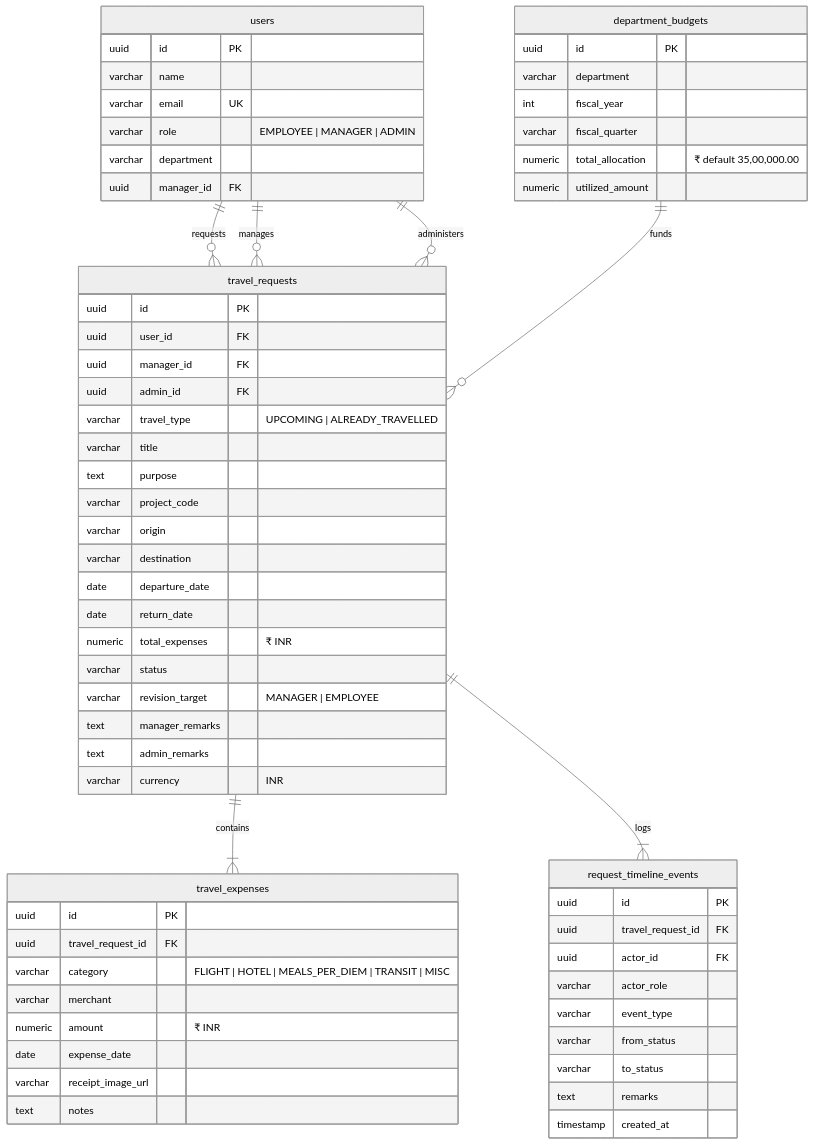
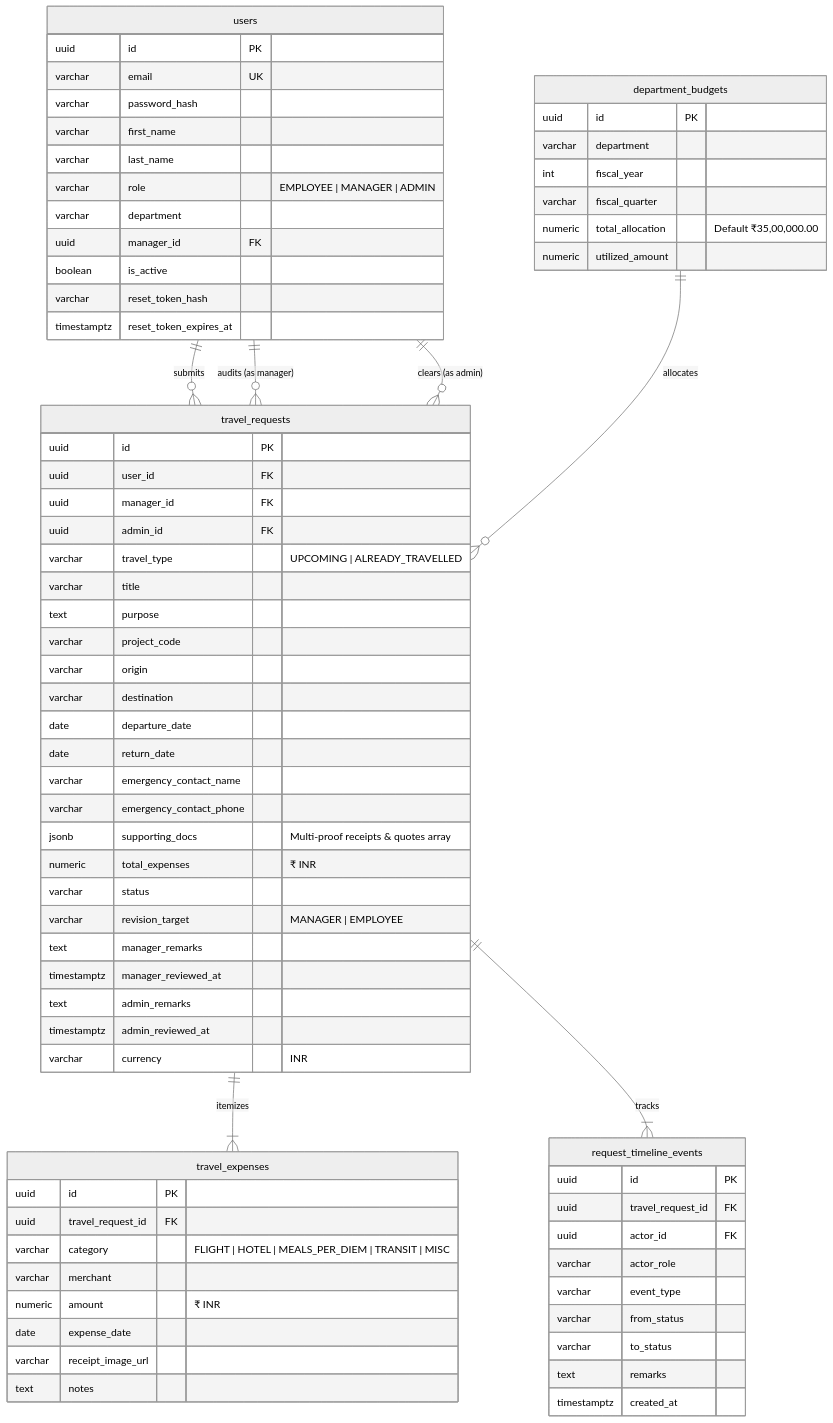
The second of 2 diagrams in README.md (Sudalaimani777/Dashboard), drawn with Mermaid (neutral theme) before and after one commit. The commit also changed other lines of this file and 47 other files, not shown here.

First line of the commit message:
Update database schema documentation and remove obsolete Postman collections

````diff
--- a/README.md
+++ b/README.md
@@ -105,71 +109,81 @@
 ```mermaid
 erDiagram
-    users ||--o{ travel_requests : "requests"
-    users ||--o{ travel_requests : "manages"
-    users ||--o{ travel_requests : "administers"
-    travel_requests ||--|{ travel_expenses : "contains"
-    travel_requests ||--|{ request_timeline_events : "logs"
-    department_budgets ||--o{ travel_requests : "funds"
+    users ||--o{ travel_requests : "submits"
+    users ||--o{ travel_requests : "audits (as manager)"
+    users ||--o{ travel_requests : "clears (as admin)"
+    travel_requests ||--|{ travel_expenses : "itemizes"
+    travel_requests ||--|{ request_timeline_events : "tracks"
+    department_budgets ||--o{ travel_requests : "allocates"
 
     users {
         uuid id PK
-        varchar name
         varchar email UK
+        varchar password_hash
+        varchar first_name
+        varchar last_name
         varchar role "EMPLOYEE | MANAGER | ADMIN"
         varchar department
         uuid manager_id FK
+        boolean is_active
+        varchar reset_token_hash
+        timestamptz reset_token_expires_at
     }
 
     department_budgets {
         uuid id PK
         varchar department
         int fiscal_year
         varchar fiscal_quarter
-        numeric total_allocation "₹ default 35,00,000.00"
+        numeric total_allocation "Default ₹35,00,000.00"
         numeric utilized_amount
     }
 
     travel_requests {
         uuid id PK
         uuid user_id FK
         uuid manager_id FK
         uuid admin_id FK
         varchar travel_type "UPCOMING | ALREADY_TRAVELLED"
         varchar title
         text purpose
         varchar project_code
         varchar origin
         varchar destination
         date departure_date
         date return_date
+        varchar emergency_contact_name
+        varchar emergency_contact_phone
+        jsonb supporting_docs "Multi-proof receipts & quotes array"
         numeric total_expenses "₹ INR"
         varchar status
         varchar revision_target "MANAGER | EMPLOYEE"
         text manager_remarks
+        timestamptz manager_reviewed_at
         text admin_remarks
+        timestamptz admin_reviewed_at
         varchar currency "INR"
     }
 
     travel_expenses {
         uuid id PK
         uuid travel_request_id FK
         varchar category "FLIGHT | HOTEL | MEALS_PER_DIEM | TRANSIT | MISC"
         varchar merchant
         numeric amount "₹ INR"
         date expense_date
         varchar receipt_image_url
         text notes
     }
 
     request_timeline_events {
         uuid id PK
         uuid travel_request_id FK
         uuid actor_id FK
         varchar actor_role
         varchar event_type
         varchar from_status
         varchar to_status
         text remarks
-        timestamp created_at
+        timestamptz created_at
     }
 ```
````
